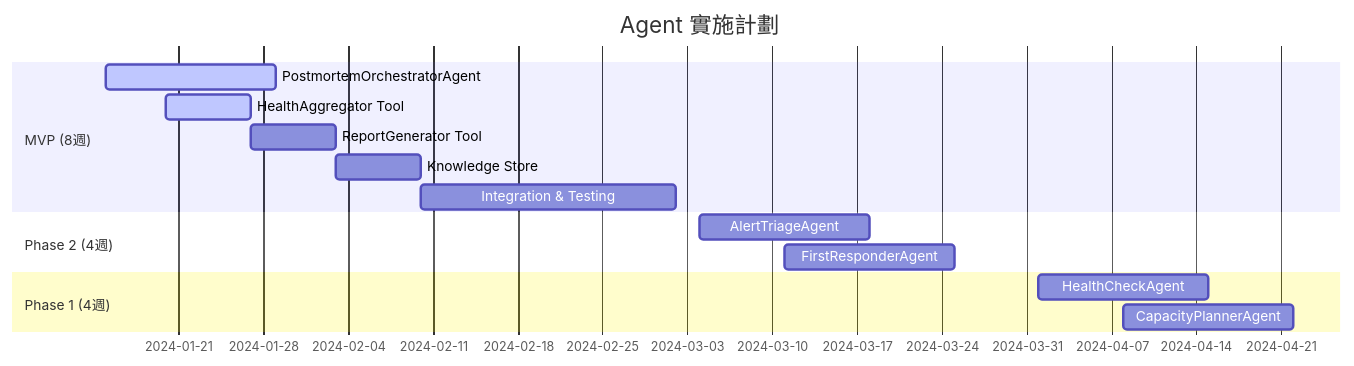
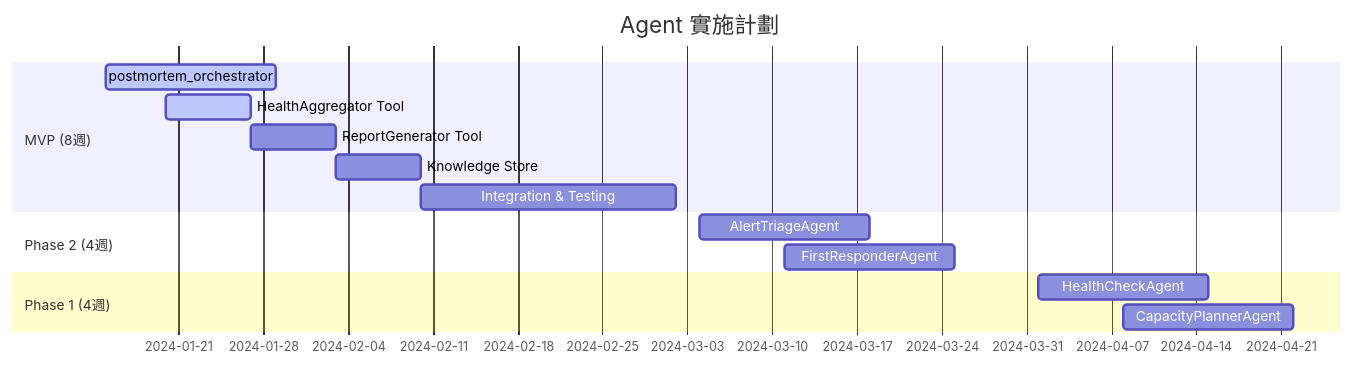
Before and after one commit to detectviz/detectviz-platform: the second of 2 diagrams in docs/sre-services-map.md, drawn with Mermaid. The commit also changed other lines of this file and 60 other files, not shown here.

````diff
--- a/docs/sre-services-map.md
+++ b/docs/sre-services-map.md
@@ -363,20 +363,20 @@
 ```mermaid
 gantt
     title Agent 實施計劃
     dateFormat YYYY-MM-DD
     
     section MVP (8週)
-    PostmortemOrchestratorAgent    :active, 2024-01-15, 2w
+    postmortem_orchestrator    :active, 2024-01-15, 2w
     HealthAggregator Tool          :active, 2024-01-20, 1w
     ReportGenerator Tool           :2024-01-27, 1w
     Knowledge Store                :2024-02-03, 1w
     Integration & Testing          :2024-02-10, 3w
     
     section Phase 2 (4週)
     AlertTriageAgent              :2024-03-04, 2w
     FirstResponderAgent           :2024-03-11, 2w
     
     section Phase 1 (4週)
     HealthCheckAgent              :2024-04-01, 2w
     CapacityPlannerAgent         :2024-04-08, 2w
 ```
````
